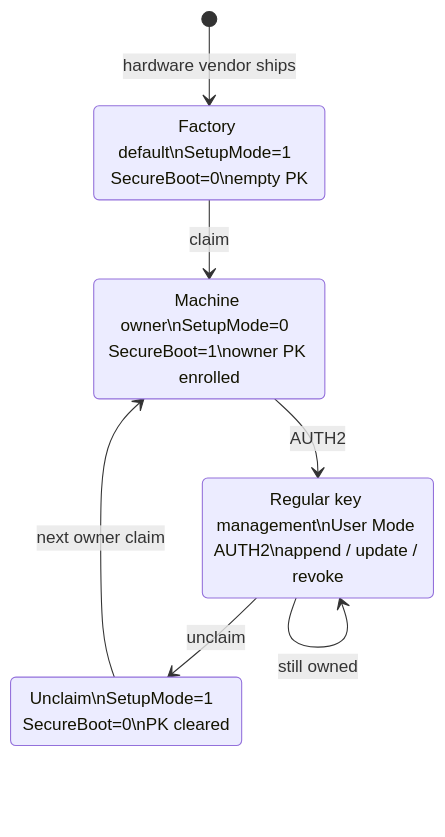
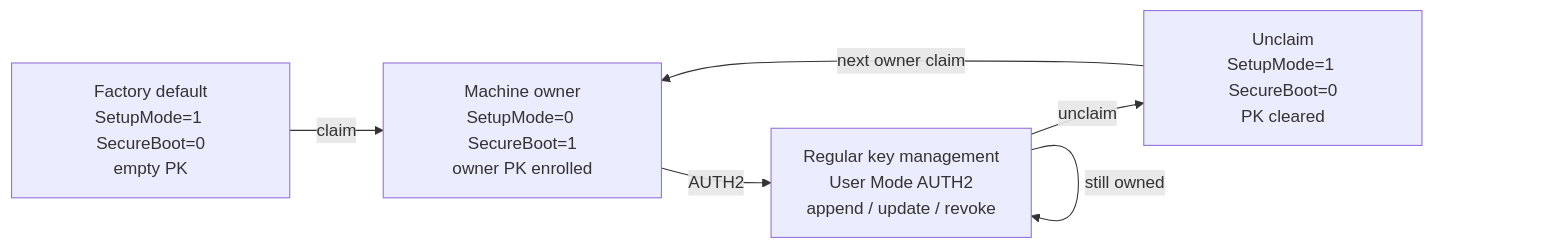
Before and after one commit to sonic-net/SONiC: the first of 2 diagrams in doc/secure_boot/Secureboot_uefi_key_management.md, drawn with Mermaid. The commit also changed other lines of this file, not shown here.

Commit message:
Use HTML line breaks in Mermaid labels for GitHub.
GitHub does not expand \\n in state or node text, so the ownership diagram showed the escape sequence instead of wrapping.

````diff
--- a/doc/secure_boot/Secureboot_uefi_key_management.md
+++ b/doc/secure_boot/Secureboot_uefi_key_management.md
@@ -211,14 +212,13 @@
 ```mermaid
-stateDiagram-v2
-  [*] --> factory: hardware vendor ships
-  factory: Factory default\nSetupMode=1  SecureBoot=0\nempty PK
-  claimed: Machine owner\nSetupMode=0  SecureBoot=1\nowner PK enrolled
-  keys: Regular key management\nUser Mode AUTH2\nappend / update / revoke
-  unclaimed: Unclaim\nSetupMode=1  SecureBoot=0\nPK cleared
+flowchart LR
+  factory["Factory default<br/>SetupMode=1 SecureBoot=0<br/>empty PK"]
+  claimed["Machine owner<br/>SetupMode=0 SecureBoot=1<br/>owner PK enrolled"]
+  keys["Regular key management<br/>User Mode AUTH2<br/>append / update / revoke"]
+  unclaimed["Unclaim<br/>SetupMode=1 SecureBoot=0<br/>PK cleared"]
 
-  factory --> claimed: claim
-  claimed --> keys: AUTH2
-  keys --> keys: still owned
-  keys --> unclaimed: unclaim
-  unclaimed --> claimed: next owner claim
+  factory -->|claim| claimed
+  claimed -->|AUTH2| keys
+  keys -->|still owned| keys
+  keys -->|unclaim| unclaimed
+  unclaimed -->|next owner claim| claimed
 ```
````
